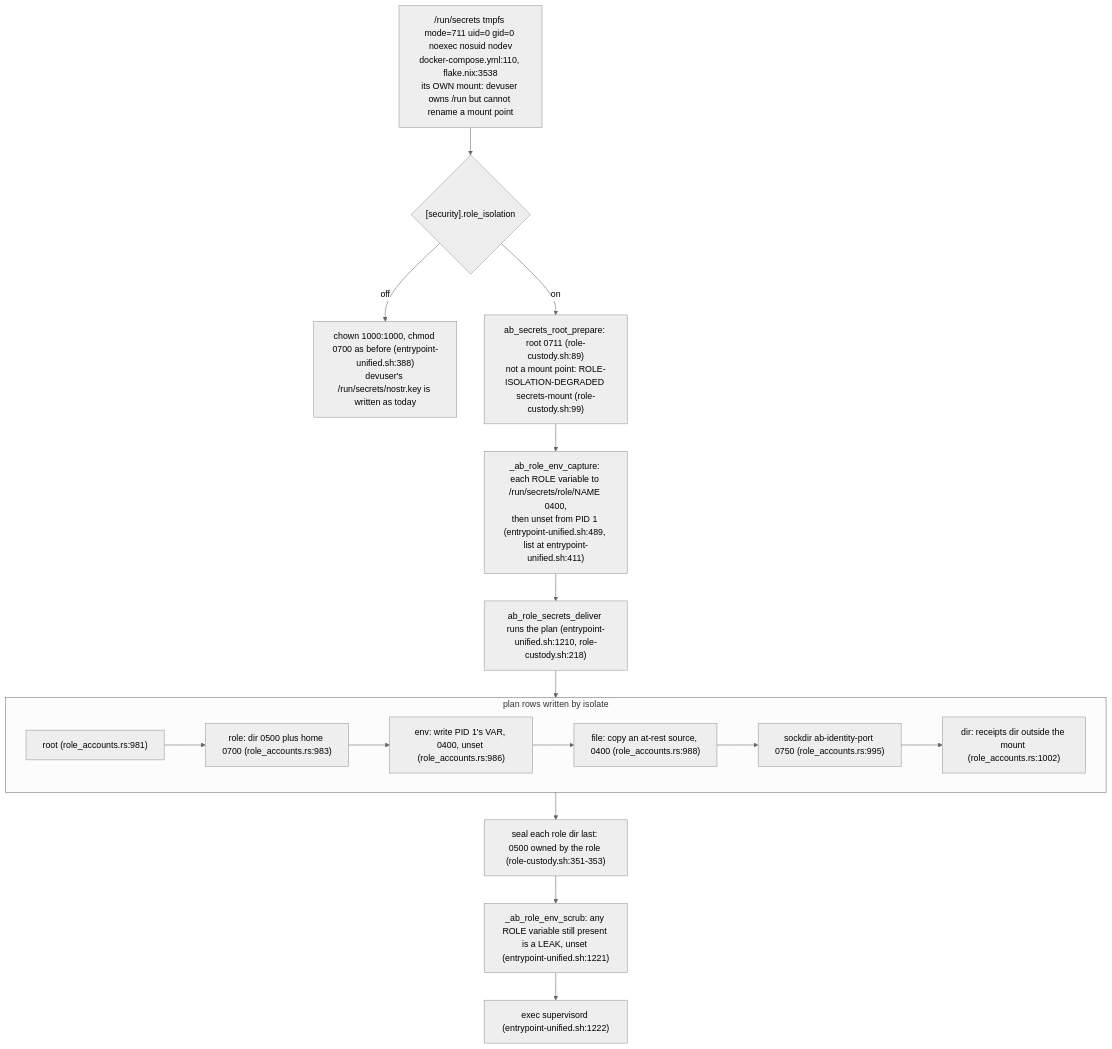
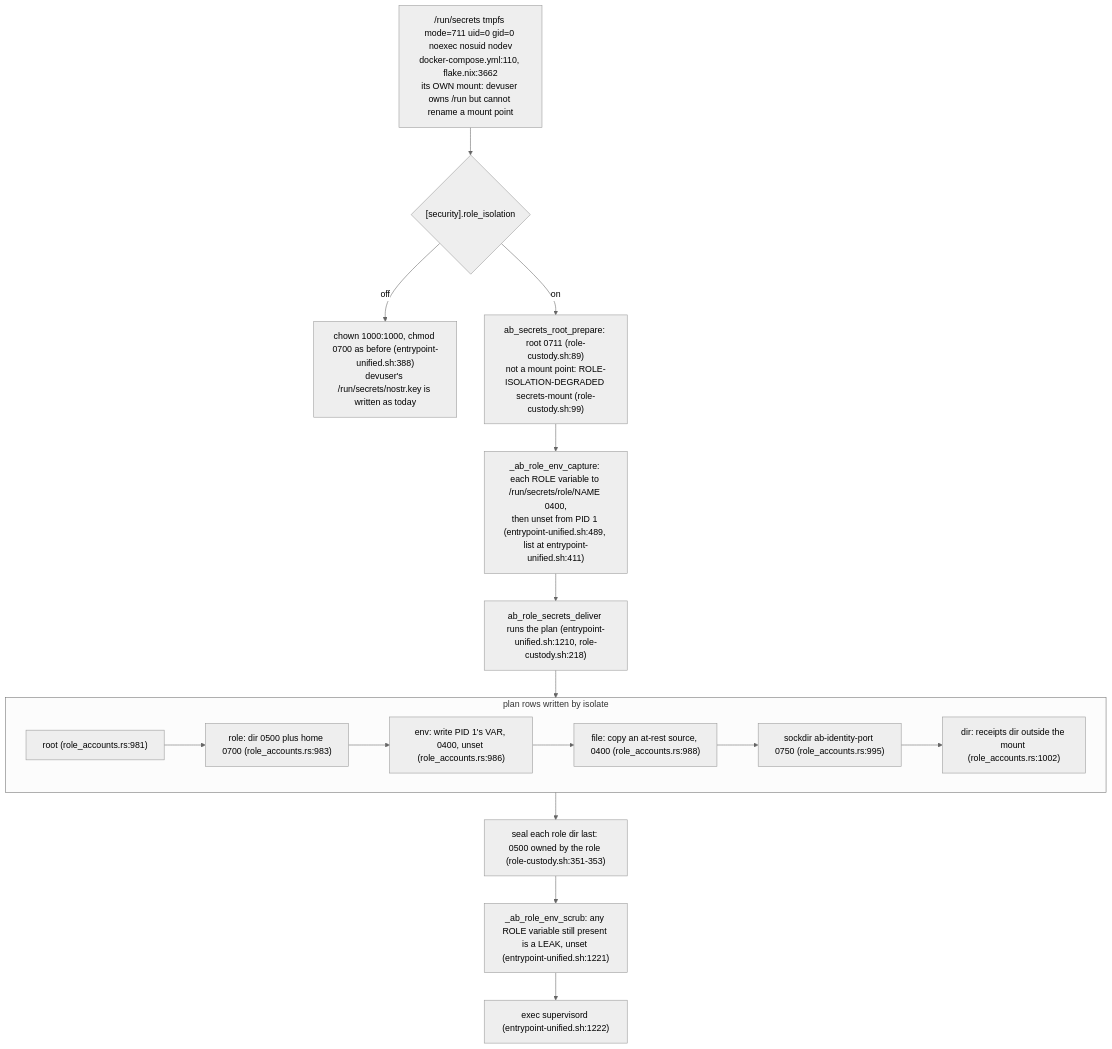
Before and after one commit to DreamLab-AI/VisionFlow: the third of 7 diagrams in docs/diagrams/agentbox/36-role-isolation-and-identity-port.md, drawn with Mermaid (neutral theme). The commit also changed other lines of this file and 80 other files, not shown here.

First line of the commit message:
docs(diagrams): re-verify the agentbox, dreamlab, estate and visionflow corpus against current sources

````diff
--- a/docs/diagrams/agentbox/36-role-isolation-and-identity-port.md
+++ b/docs/diagrams/agentbox/36-role-isolation-and-identity-port.md
@@ -120,22 +118,22 @@
 ```mermaid
 flowchart TB
-    MNT["/run/secrets tmpfs mode=711 uid=0 gid=0 noexec nosuid nodev<br/>docker-compose.yml:110, flake.nix:3538<br/>its OWN mount: devuser owns /run but cannot rename a mount point"]
+    MNT["/run/secrets tmpfs mode=711 uid=0 gid=0 noexec nosuid nodev<br/>docker-compose.yml:110, flake.nix:3662<br/>its OWN mount: devuser owns /run but cannot rename a mount point"]
     MNT --> MODE{"[security].role_isolation"}
     MODE -->|"off"| OFF["chown 1000:1000, chmod 0700 as before (entrypoint-unified.sh:388)<br/>devuser's /run/secrets/nostr.key is written as today"]
     MODE -->|"on"| PREP["ab_secrets_root_prepare: root 0711 (role-custody.sh:89)<br/>not a mount point: ROLE-ISOLATION-DEGRADED secrets-mount (role-custody.sh:99)"]
     PREP --> CAP["_ab_role_env_capture: each ROLE variable to /run/secrets/role/NAME 0400,<br/>then unset from PID 1 (entrypoint-unified.sh:489, list at entrypoint-unified.sh:411)"]
     CAP --> DEL["ab_role_secrets_deliver runs the plan (entrypoint-unified.sh:1210, role-custody.sh:218)"]
     subgraph PLAN["plan rows written by isolate"]
         P1["root (role_accounts.rs:981)"]
         P2["role: dir 0500 plus home 0700 (role_accounts.rs:983)"]
         P3["env: write PID 1's VAR, 0400, unset (role_accounts.rs:986)"]
         P4["file: copy an at-rest source, 0400 (role_accounts.rs:988)"]
         P5["sockdir ab-identity-port 0750 (role_accounts.rs:995)"]
         P6["dir: receipts dir outside the mount (role_accounts.rs:1002)"]
         P1 --> P2 --> P3 --> P4 --> P5 --> P6
     end
     DEL --> PLAN
     PLAN --> SEAL["seal each role dir last: 0500 owned by the role (role-custody.sh:351-353)"]
     SEAL --> SCRUB["_ab_role_env_scrub: any ROLE variable still present is a LEAK, unset (entrypoint-unified.sh:1221)"]
     SCRUB --> X["exec supervisord (entrypoint-unified.sh:1222)"]
 ```
````
